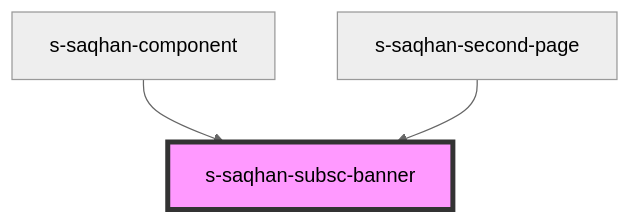
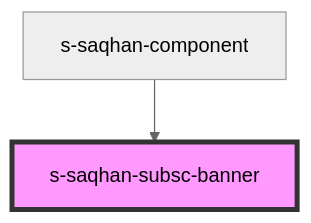
The diagram in src/components/res/view/s-saqhan-subsc-banner/readme.md (saqhan/stencil), drawn with Mermaid (neutral theme) before and after one commit. The commit also changed other lines of this file and 84 other files, not shown here.

````diff
--- a/src/components/res/view/s-saqhan-subsc-banner/readme.md
+++ b/src/components/res/view/s-saqhan-subsc-banner/readme.md
@@ -16,6 +30,5 @@
 ```mermaid
 graph TD;
   s-saqhan-component --> s-saqhan-subsc-banner
-  s-saqhan-second-page --> s-saqhan-subsc-banner
   style s-saqhan-subsc-banner fill:#f9f,stroke:#333,stroke-width:4px
 ```
````
